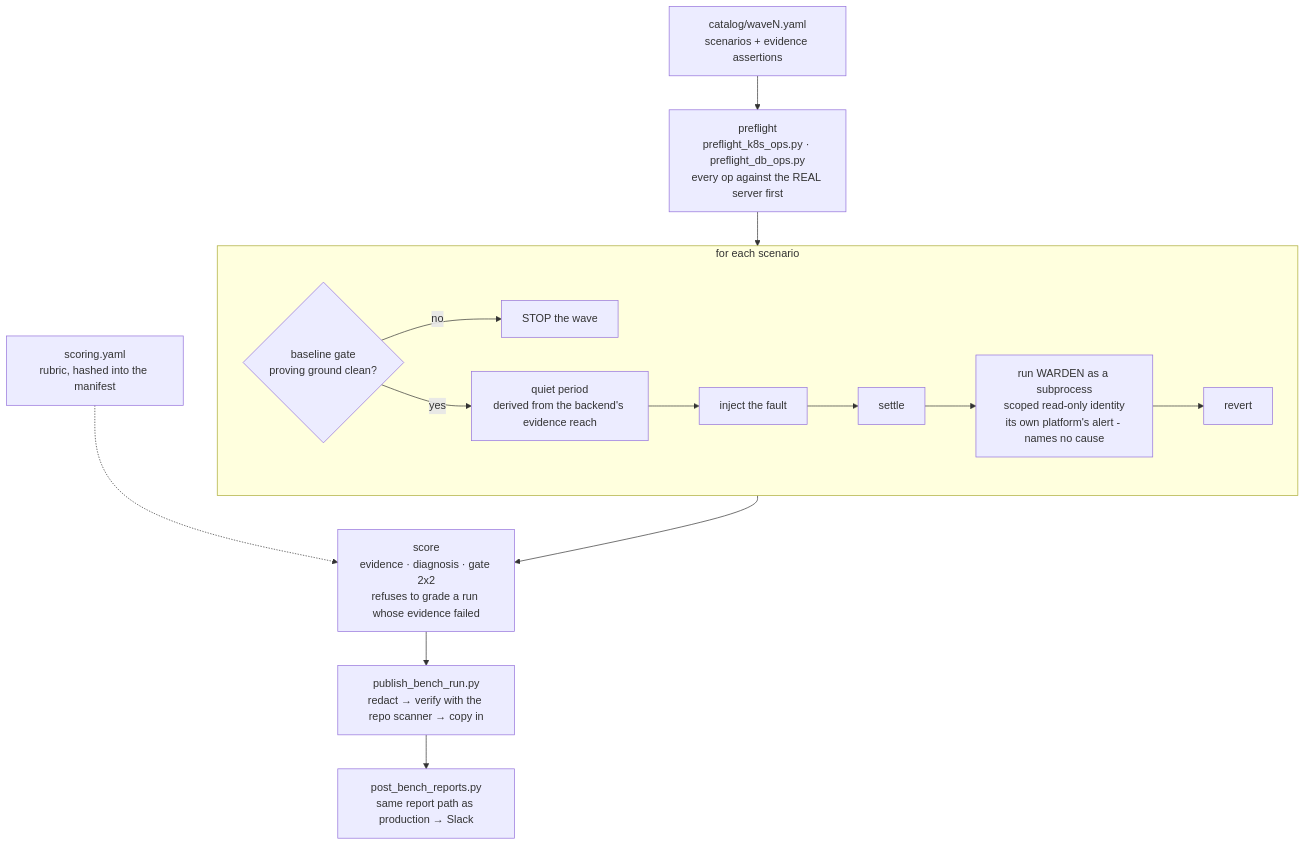
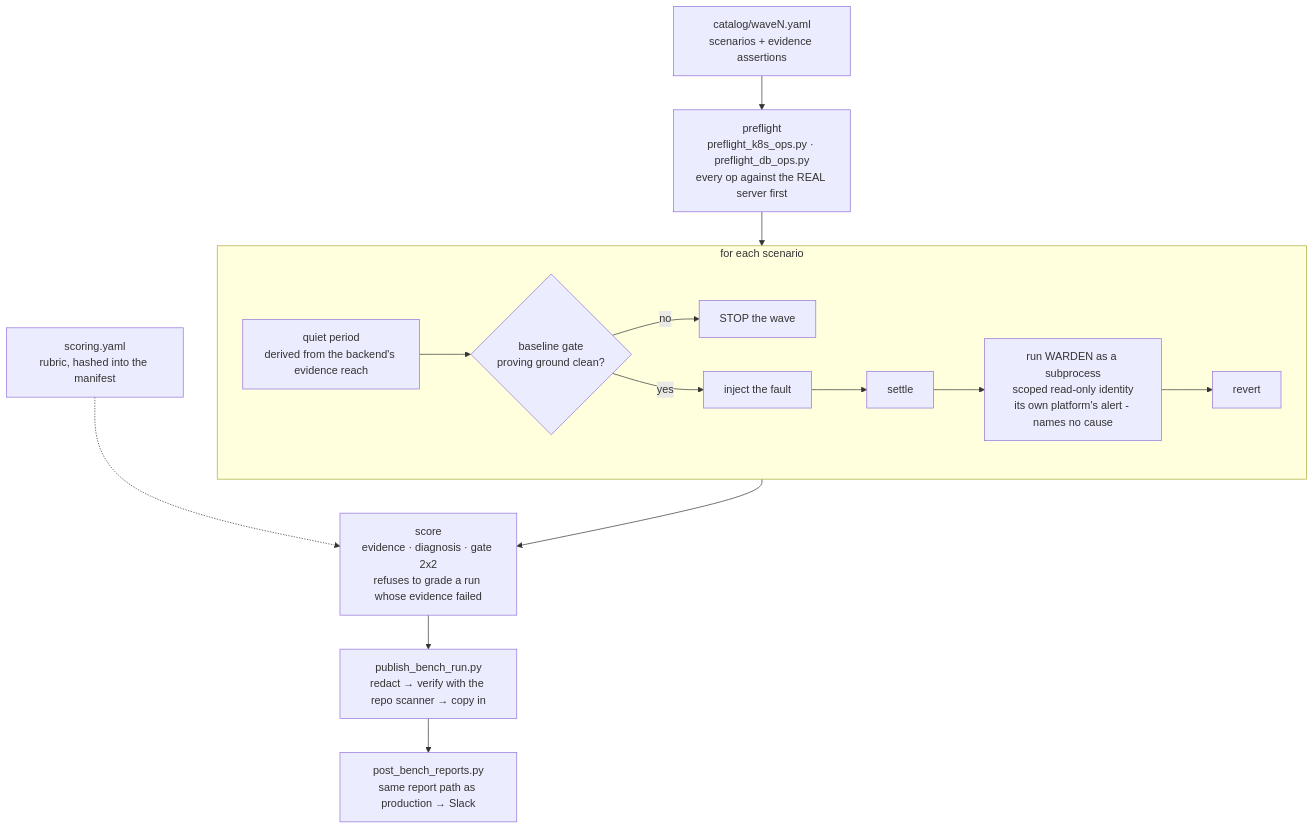
The sixth of 10 diagrams in README.md (veerarakesh56/warden), drawn with Mermaid before and after one commit. The commit also changed other lines of this file and 6 other files, not shown here.

````diff
--- a/README.md
+++ b/README.md
@@ -577,17 +674,17 @@
 ```mermaid
 flowchart TB
     CAT[catalog/waveN.yaml<br/>scenarios + evidence assertions] --> PRE
     RUB[scoring.yaml<br/>rubric, hashed into the manifest] -.-> SC
     PRE[preflight<br/>preflight_k8s_ops.py · preflight_db_ops.py<br/>every op against the REAL server first] --> LOOP
     subgraph LOOP[for each scenario]
+        Q[quiet period<br/>derived from the backend's evidence reach] --> B1
         B1{baseline gate<br/>proving ground clean?} -->|no| STOP[STOP the wave]
-        B1 -->|yes| Q[quiet period<br/>derived from the backend's evidence reach]
-        Q --> INJ[inject the fault]
+        B1 -->|yes| INJ[inject the fault]
         INJ --> SET[settle]
         SET --> RUN[run WARDEN as a subprocess<br/>scoped read-only identity<br/>its own platform's alert - names no cause]
         RUN --> REV[revert]
     end
     LOOP --> SC[score<br/>evidence · diagnosis · gate 2x2<br/>refuses to grade a run whose evidence failed]
     SC --> PUB[publish_bench_run.py<br/>redact → verify with the repo scanner → copy in]
     PUB --> POST[post_bench_reports.py<br/>same report path as production → Slack]
 ```
````
